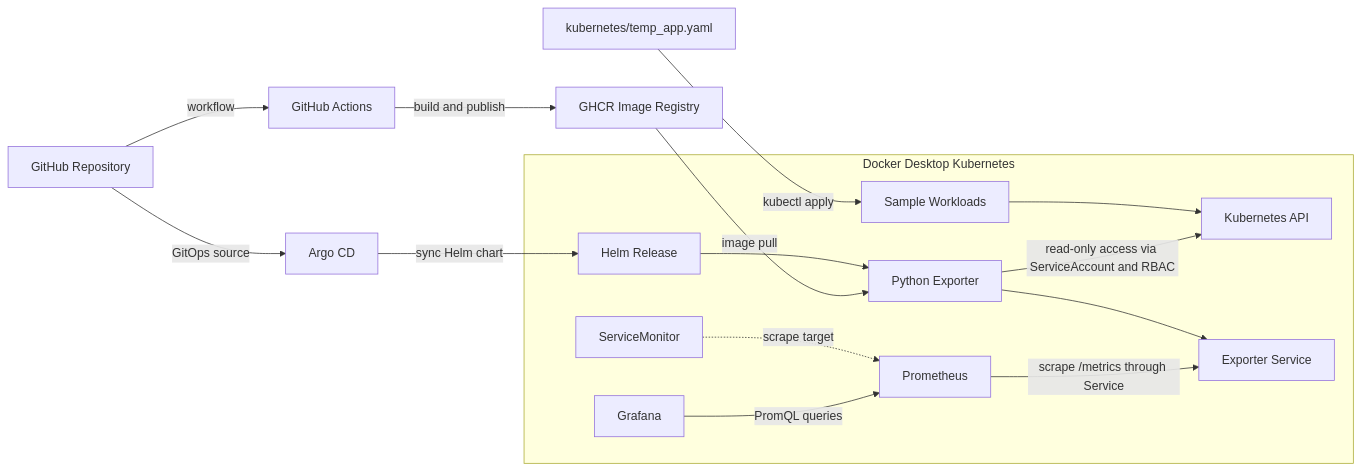
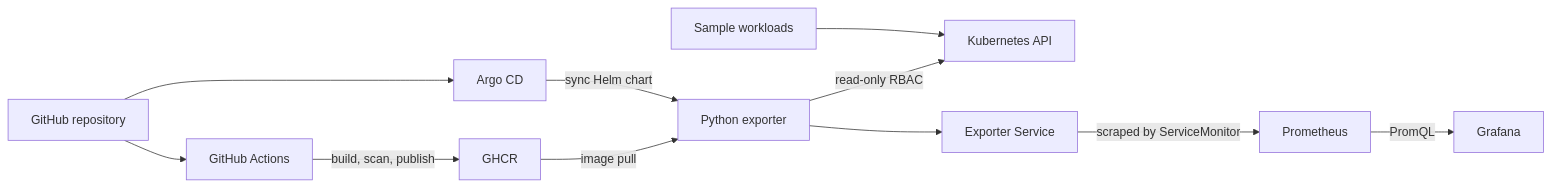
One commit to dandapss/DevOpsLab-k8s_monitoring changed the diagram in README.md. Above: the diagram before and after it, drawn with Mermaid. The commit also changed other lines of this file and 8 other files, not shown here.

````diff
--- a/README.md
+++ b/README.md
@@ -9,34 +8,13 @@
 ```mermaid
 flowchart LR
-    Repo[GitHub Repository]
-    Actions[GitHub Actions]
-    Registry[GHCR Image Registry]
-    Argo[Argo CD]
-
-    Repo -->|workflow| Actions
-    Actions -->|build and publish| Registry
-    Repo -->|GitOps source| Argo
-
-    subgraph Cluster[Docker Desktop Kubernetes]
-        Chart[Helm Release]
-        Workloads[Sample Workloads]
-        API[Kubernetes API]
-        Exporter[Python Exporter]
-        Service[Exporter Service]
-        SM[ServiceMonitor]
-        Prom[Prometheus]
-        Grafana[Grafana]
-
-        Chart --> Exporter
-        Workloads --> API
-        Exporter -->|read-only access via ServiceAccount and RBAC| API
-        Exporter --> Service
-        SM -. scrape target .-> Prom
-        Prom -->|scrape /metrics through Service| Service
-        Grafana -->|PromQL queries| Prom
-    end
-
-    Argo -->|sync Helm chart| Chart
-    Registry -->|image pull| Exporter
-    Manifest[kubernetes/temp_app.yaml] -->|kubectl apply| Workloads
+    Git[GitHub repository] --> CI[GitHub Actions]
+    CI -->|build, scan, publish| GHCR[GHCR]
+    Git --> Argo[Argo CD]
+    Argo -->|sync Helm chart| Exporter[Python exporter]
+    GHCR -->|image pull| Exporter
+    Workloads[Sample workloads] --> API[Kubernetes API]
+    Exporter -->|read-only RBAC| API
+    Exporter --> Svc[Exporter Service]
+    Svc -->|scraped by ServiceMonitor| Prom[Prometheus]
+    Prom -->|PromQL| Grafana[Grafana]
 ```
````
